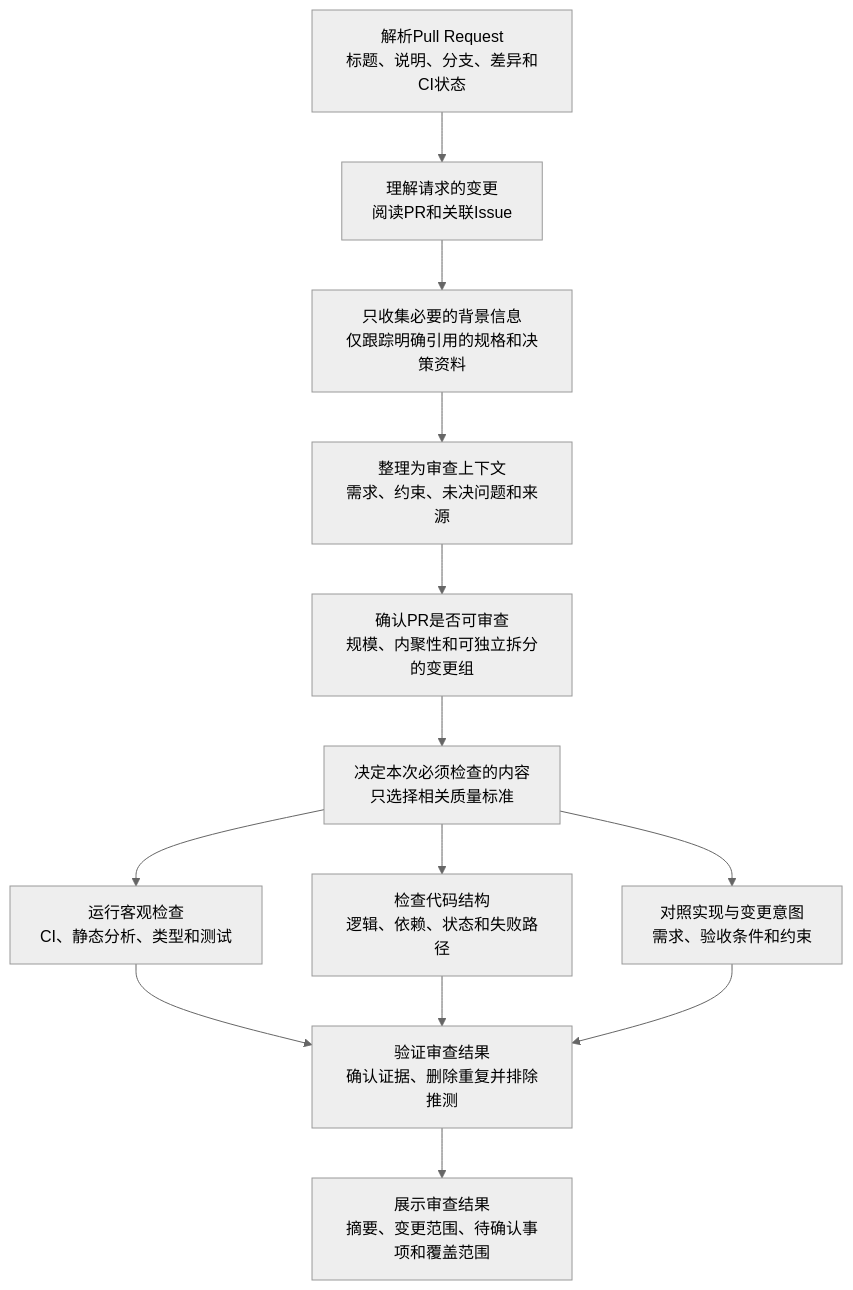
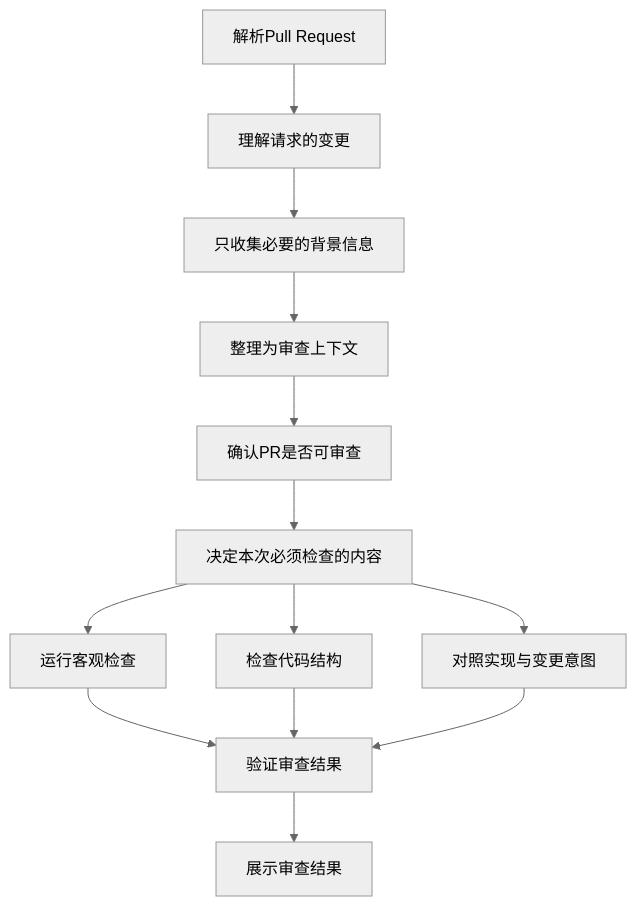
Before and after one commit to takuto-san/review: the second of 2 diagrams in README.zh-CN.md, drawn with Mermaid (neutral theme). The commit also changed other lines of this file and 2 other files, not shown here.

Commit message:
docs: simplify review workflow diagrams

````diff
--- a/README.zh-CN.md
+++ b/README.zh-CN.md
@@ -45,17 +45,17 @@
 ```mermaid
 flowchart TD
-    A[解析Pull Request<br/>标题、说明、分支、差异和CI状态] --> B[理解请求的变更<br/>阅读PR和关联Issue]
-    B --> C[只收集必要的背景信息<br/>仅跟踪明确引用的规格和决策资料]
-    C --> D[整理为审查上下文<br/>需求、约束、未决问题和来源]
-    D --> E[确认PR是否可审查<br/>规模、内聚性和可独立拆分的变更组]
-    E --> F[决定本次必须检查的内容<br/>只选择相关质量标准]
+    A[解析Pull Request] --> B[理解请求的变更]
+    B --> C[只收集必要的背景信息]
+    C --> D[整理为审查上下文]
+    D --> E[确认PR是否可审查]
+    E --> F[决定本次必须检查的内容]
 
-    F --> G1[运行客观检查<br/>CI、静态分析、类型和测试]
-    F --> G2[检查代码结构<br/>逻辑、依赖、状态和失败路径]
-    F --> G3[对照实现与变更意图<br/>需求、验收条件和约束]
+    F --> G1[运行客观检查]
+    F --> G2[检查代码结构]
+    F --> G3[对照实现与变更意图]
 
-    G1 --> H[验证审查结果<br/>确认证据、删除重复并排除推测]
+    G1 --> H[验证审查结果]
     G2 --> H
     G3 --> H
-    H --> I[展示审查结果<br/>摘要、变更范围、待确认事项和覆盖范围]
+    H --> I[展示审查结果]
 ```
````
